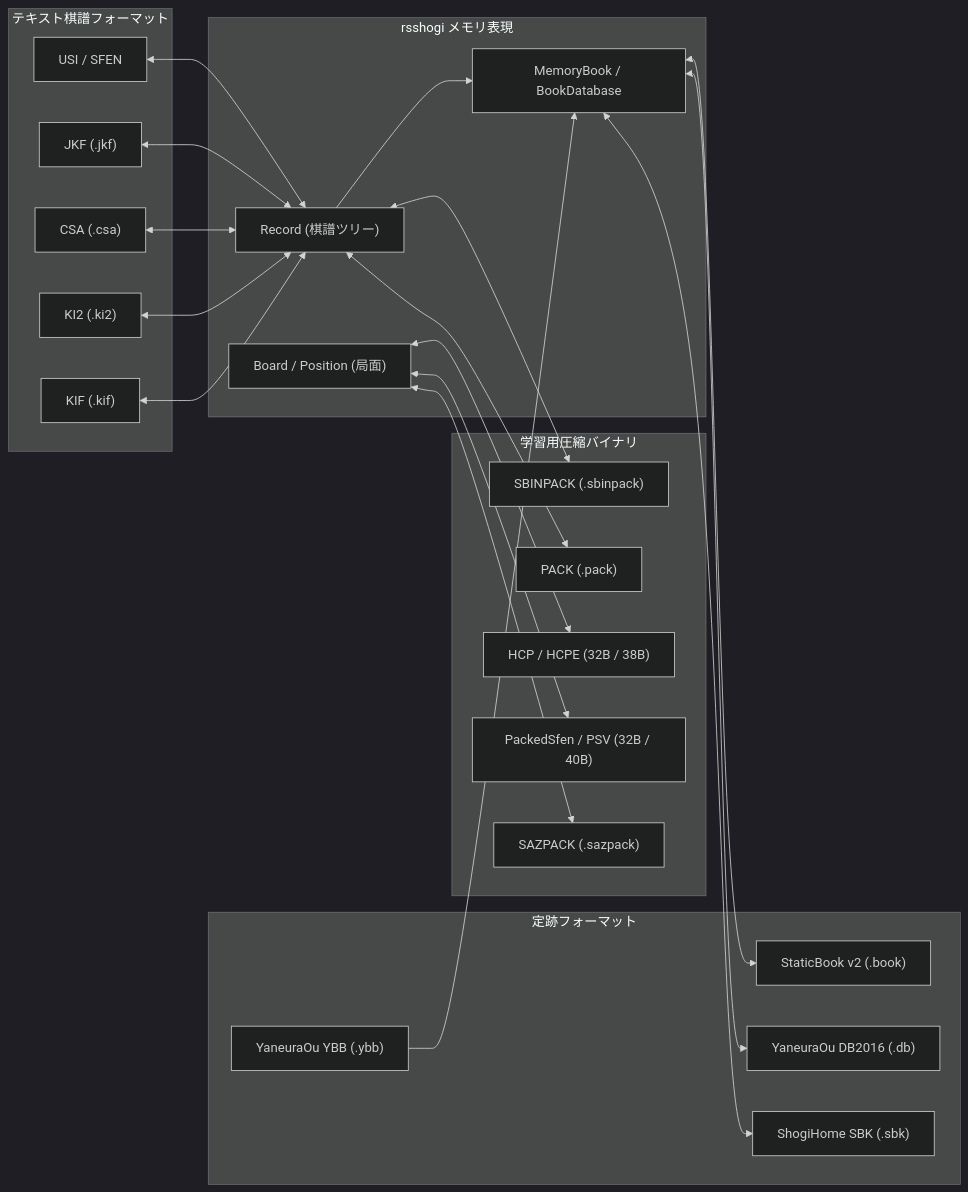
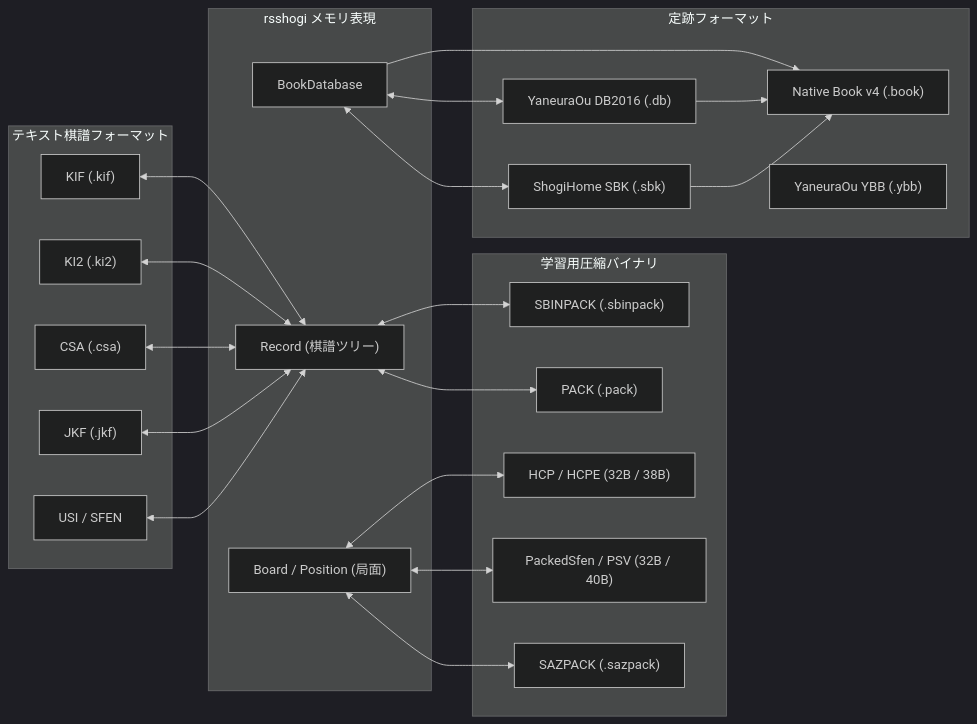
One commit to nyoki-mtl/rsshogi changed the diagram in docs/book/src/reference/formats/index.md. Above: the diagram before and after it, drawn with Mermaid (dark theme). The commit also changed other lines of this file and 83 other files, not shown here.

````diff
--- a/docs/book/src/reference/formats/index.md
+++ b/docs/book/src/reference/formats/index.md
@@ -10,47 +10,47 @@
 ```mermaid
 flowchart LR
     subgraph TextRecords["テキスト棋譜フォーマット"]
         KIF["KIF (.kif)"]
         KI2["KI2 (.ki2)"]
         CSA["CSA (.csa)"]
         JKF["JKF (.jkf)"]
         USI["USI / SFEN"]
     end
 
     subgraph CoreIR["rsshogi メモリ表現"]
         Record["Record (棋譜ツリー)"]
         Position["Board / Position (局面)"]
-        BookIR["MemoryBook / BookDatabase"]
+        BookIR["BookDatabase"]
     end
 
     subgraph TrainingBin["学習用圧縮バイナリ"]
         SBIN["SBINPACK (.sbinpack)"]
         PACK["PACK (.pack)"]
         HCP["HCP / HCPE (32B / 38B)"]
         PSV["PackedSfen / PSV (32B / 40B)"]
         SAZ["SAZPACK (.sazpack)"]
     end
 
     subgraph BookFormats["定跡フォーマット"]
-        StaticBook["StaticBook v2 (.book)"]
+        NativeBook["Native Book v4 (.book)"]
         DB2016["YaneuraOu DB2016 (.db)"]
         YBB["YaneuraOu YBB (.ybb)"]
         SBK["ShogiHome SBK (.sbk)"]
     end
 
     KIF <--> Record
     KI2 <--> Record
     CSA <--> Record
     JKF <--> Record
     USI <--> Record
     Record <--> SBIN
     Record <--> PACK
-    Record --> BookIR
     Position <--> HCP
     Position <--> PSV
     Position <--> SAZ
-    BookIR <--> StaticBook
+    BookIR --> NativeBook
     BookIR <--> DB2016
     BookIR <--> SBK
-    YBB --> BookIR
+    DB2016 --> NativeBook
+    SBK --> NativeBook
 ```
````
